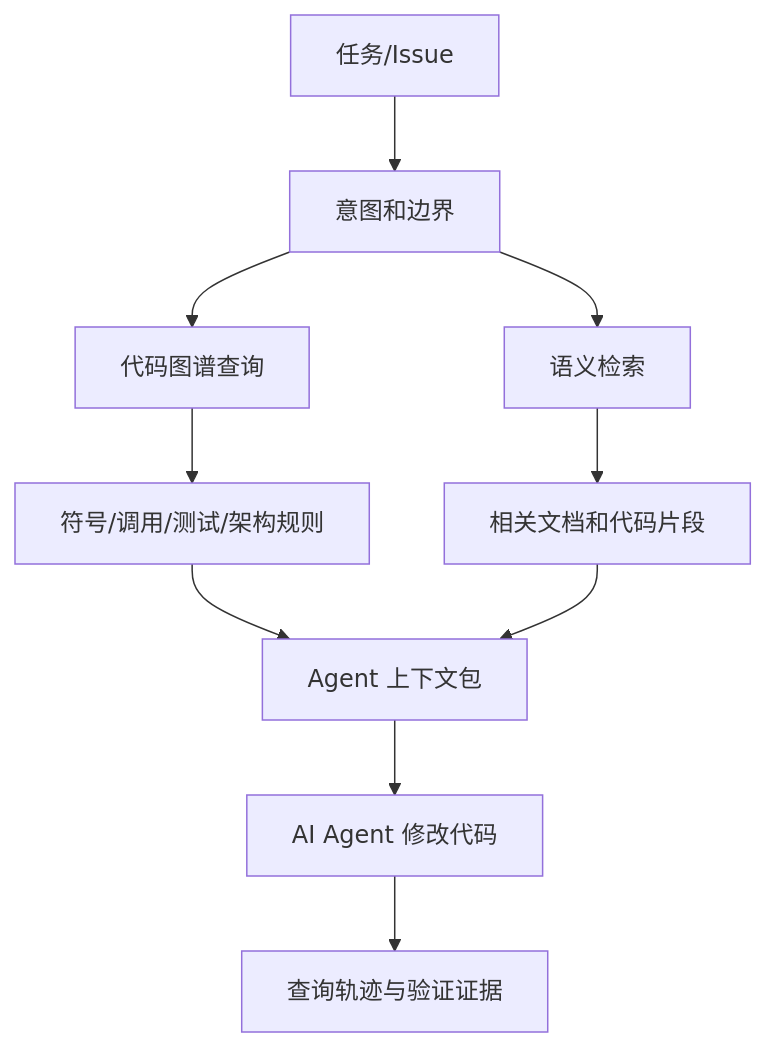
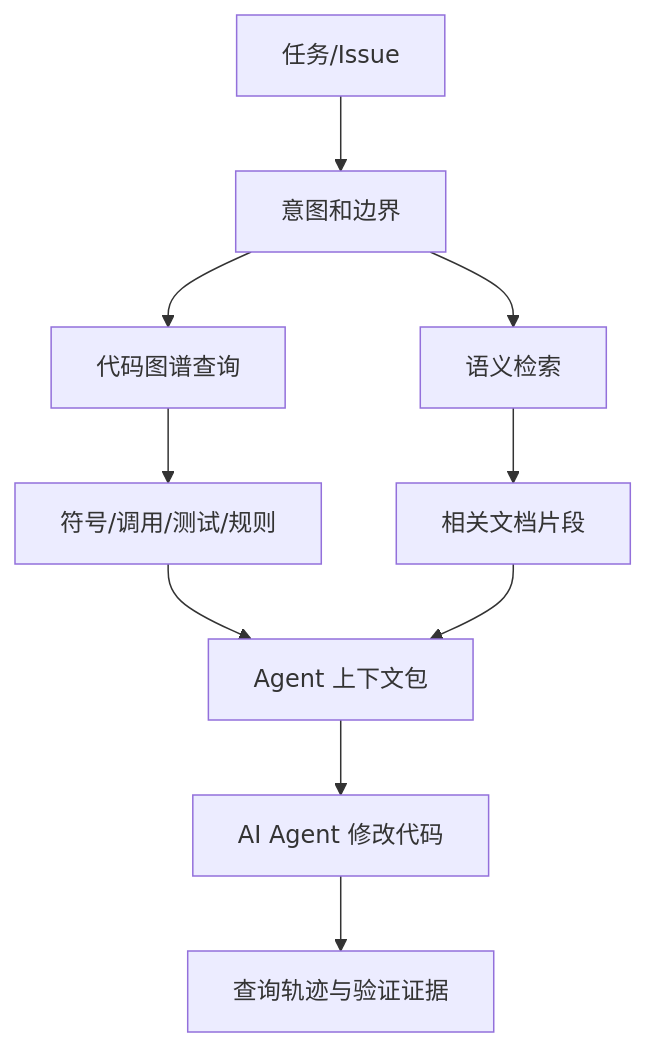
Before and after one commit to shawnxie94/code-visualization-book: the diagram in part5/agent-context-engineering.md, drawn with Mermaid. The commit also changed other lines of this file and 92 other files, not shown here.

````diff
--- a/part5/agent-context-engineering.md
+++ b/part5/agent-context-engineering.md
@@ -7,12 +27,12 @@
 ```mermaid
 flowchart TB
-  Task["任务/Issue"] --> Intent["意图和边界"]
-  Intent --> Retrieval["语义检索"]
-  Intent --> GraphQuery["代码图谱查询"]
-  GraphQuery --> Symbols["符号/调用/测试/架构规则"]
-  Retrieval --> Docs["相关文档和代码片段"]
-  Symbols --> Pack["Agent 上下文包"]
-  Docs --> Pack
-  Pack --> Agent["AI Agent 修改代码"]
-  Agent --> Evidence["查询轨迹与验证证据"]
+ Task[任务/Issue] --> Intent[意图和边界]
+ Intent --> Retrieval[语义检索]
+ Intent --> GraphQuery[代码图谱查询]
+ GraphQuery --> Symbols[符号/调用/测试/规则]
+ Retrieval --> Docs[相关文档片段]
+ Symbols --> Pack[Agent 上下文包]
+ Docs --> Pack
+ Pack --> Agent[AI Agent 修改代码]
+ Agent --> Evidence[查询轨迹与验证证据]
 ```
````
